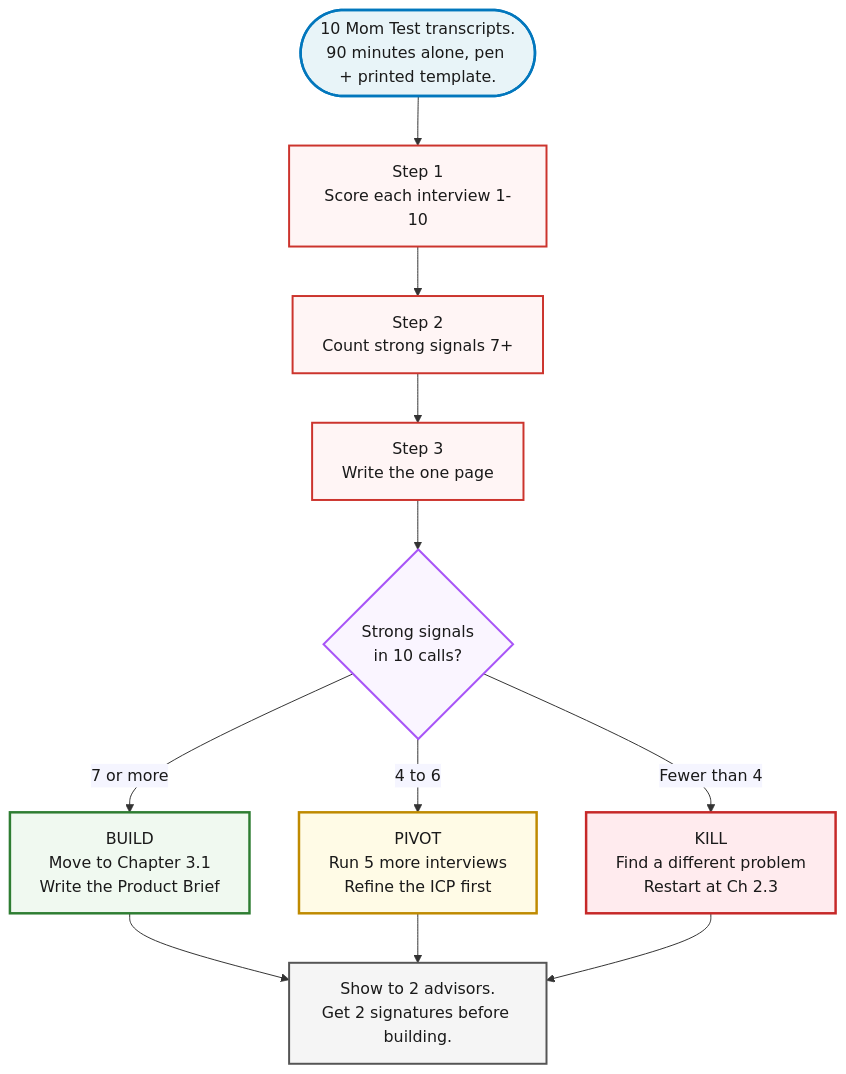
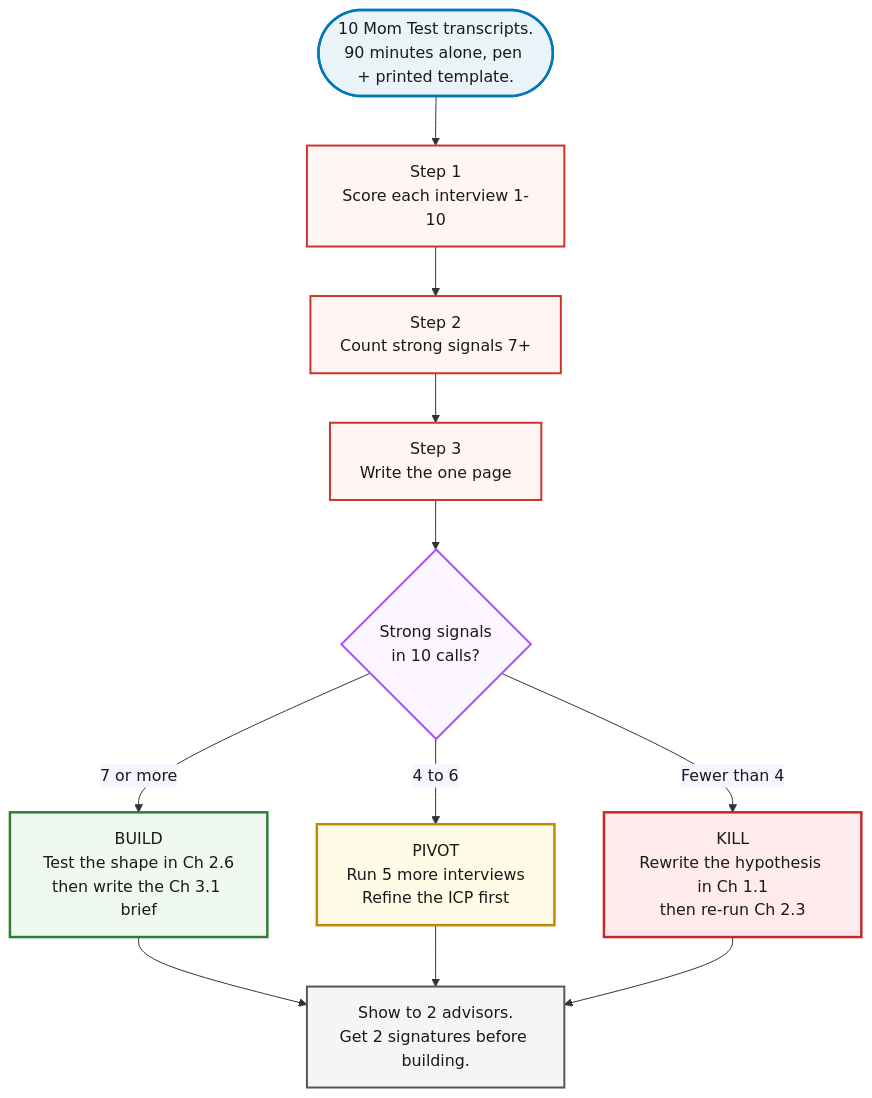
Before and after one commit to jetthoughts/jetthoughts.github.io: the diagram in content/course/tech-for-non-technical-founders-2026/mom-test-synthesis-build-pivot-kill/index.md, drawn with Mermaid. The commit also changed other lines of this file and 17 other files, not shown here.

First line of the commit message:
fix(course): resolve all 65 fan-out findings (40.14) + compress interview-flow diagram

````diff
--- a/content/course/tech-for-non-technical-founders-2026/mom-test-synthesis-build-pivot-kill/index.md
+++ b/content/course/tech-for-non-technical-founders-2026/mom-test-synthesis-build-pivot-kill/index.md
@@ -64,31 +64,31 @@
 ```mermaid
 %%{init: {'theme':'base', 'themeVariables': {'fontFamily':'Caveat, Patrick Hand, cursive', 'primaryColor':'#fff5f5', 'primaryBorderColor':'#cc342d', 'lineColor':'#333', 'primaryTextColor':'#1a1a1a'}}}%%
 flowchart TD
     Start(["10 Mom Test transcripts.<br/>90 minutes alone, pen + printed template."])
     Start --> S1[Step 1<br/>Score each interview 1-10]
     S1 --> S2[Step 2<br/>Count strong signals 7+]
     S2 --> S3[Step 3<br/>Write the one page]
     S3 --> S4{Strong signals<br/>in 10 calls?}
-    S4 -->|7 or more| Build[BUILD<br/>Move to Chapter 3.1<br/>Write the Product Brief]
+    S4 -->|7 or more| Build[BUILD<br/>Test the shape in Ch 2.6<br/>then write the Ch 3.1 brief]
     S4 -->|4 to 6| Pivot[PIVOT<br/>Run 5 more interviews<br/>Refine the ICP first]
-    S4 -->|Fewer than 4| Kill[KILL<br/>Find a different problem<br/>Restart at Ch 2.3]
+    S4 -->|Fewer than 4| Kill[KILL<br/>Rewrite the hypothesis in Ch 1.1<br/>then re-run Ch 2.3]
     Build --> Sign[Show to 2 advisors.<br/>Get 2 signatures before building.]
     Pivot --> Sign
     Kill --> Sign
 
     classDef start fill:#e8f4f8,stroke:#0277bd,stroke-width:2.5px,color:#1a1a1a
     classDef step fill:#fff5f5,stroke:#cc342d,stroke-width:2px,color:#1a1a1a
     classDef decision fill:#faf5ff,stroke:#a855f7,stroke-width:2px,color:#1a1a1a
     classDef build fill:#f0f9f0,stroke:#2e7d32,stroke-width:2.5px,color:#1a1a1a
     classDef pivot fill:#fffbe6,stroke:#bf8a00,stroke-width:2.5px,color:#1a1a1a
     classDef kill fill:#ffebee,stroke:#c62828,stroke-width:2.5px,color:#1a1a1a
     classDef sign fill:#f5f5f5,stroke:#555,stroke-width:2px,color:#1a1a1a
 
     class Start start
     class S1,S2,S3 step
     class S4 decision
     class Build build
     class Pivot pivot
     class Kill kill
     class Sign sign
 ```
````
